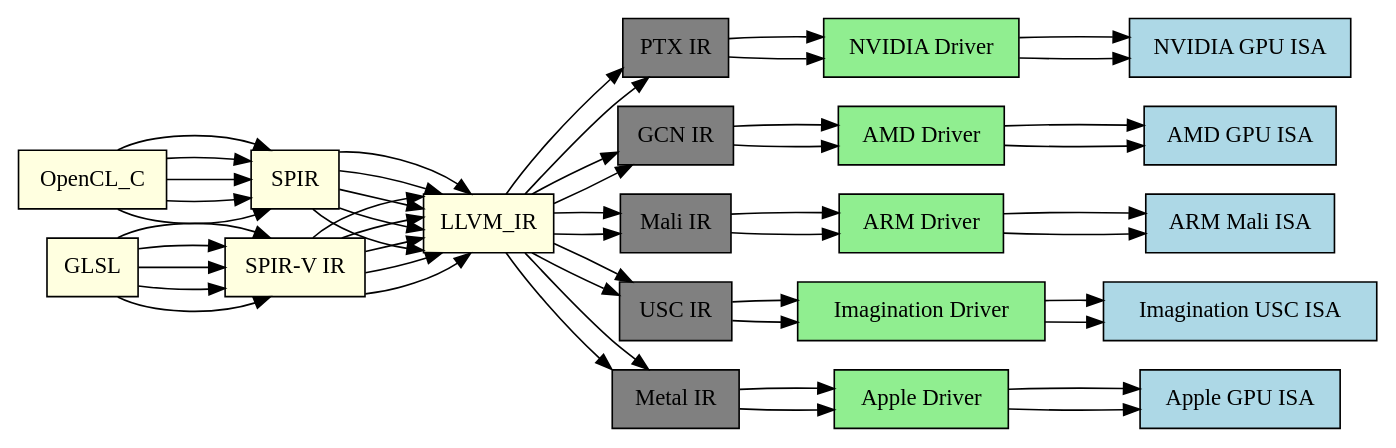
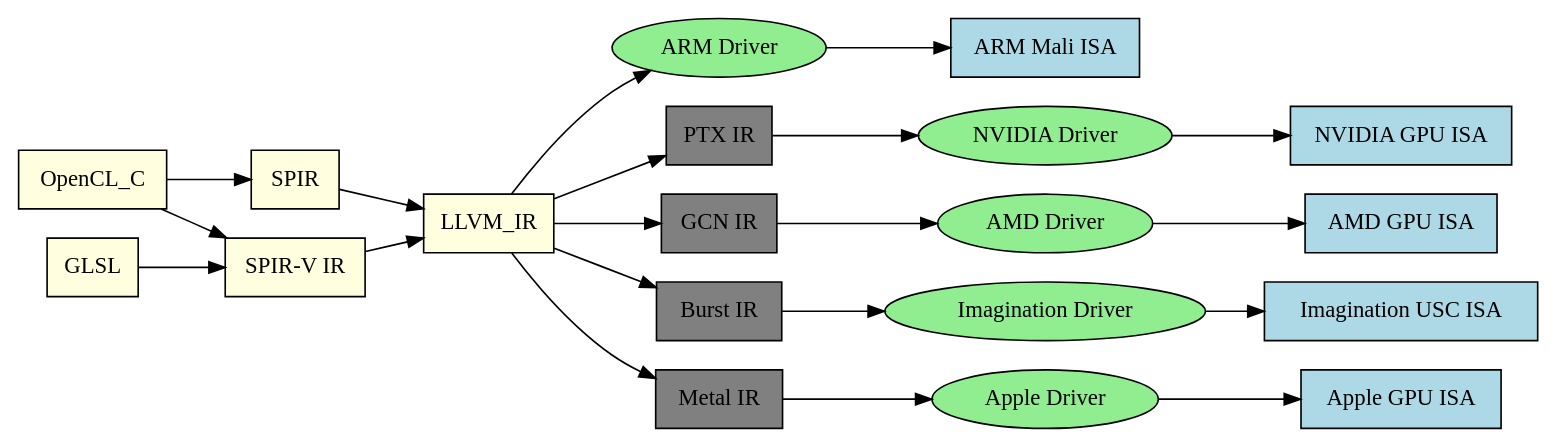
The diagram in Fig/gpu/ogl-ocl-flow.gv (Jonathan2251/lbd), drawn with Graphviz before and after one commit. The commit also changed 15 other files, not shown here.

```diff
--- a/Fig/gpu/ogl-ocl-flow.gv
+++ b/Fig/gpu/ogl-ocl-flow.gv
@@ -1,48 +1,49 @@
 digraph OpenCL_OpenGL_Compilation {
     rankdir=LR;
     node [shape=box];
 
     // Source Languages
     OpenCL_C [style=filled, fillcolor=lightyellow];
     GLSL [style=filled, fillcolor=lightyellow];
 
     // Shared IRs
     SPIR [style=filled, fillcolor=lightyellow];
     SPIRV [label="SPIR-V IR", style=filled, fillcolor=lightyellow];
     LLVM_IR [style=filled, fillcolor=lightyellow];
 
     // Vendor Drivers
+    node [shape=oval];
     "NVIDIA Driver" [style=filled, fillcolor=lightgreen];
     "AMD Driver" [style=filled, fillcolor=lightgreen];
     "ARM Driver" [style=filled, fillcolor=lightgreen];
     "Imagination Driver" [style=filled, fillcolor=lightgreen];
     "Apple Driver" [style=filled, fillcolor=lightgreen];
 
     // Private IRs
+    node [shape=box];
     "PTX IR" [style=filled, fillcolor=gray];
     "GCN IR" [style=filled, fillcolor=gray];
-    "Mali IR" [style=filled, fillcolor=gray];
-    "USC IR" [style=filled, fillcolor=gray];
+    "Burst IR" [style=filled, fillcolor=gray];
     "Metal IR" [style=filled, fillcolor=gray];
 
     // GPU Targets
     "NVIDIA GPU ISA" [style=filled, fillcolor=lightblue];
     "AMD GPU ISA" [style=filled, fillcolor=lightblue];
     "ARM Mali ISA" [style=filled, fillcolor=lightblue];
     "Imagination USC ISA" [style=filled, fillcolor=lightblue];
     "Apple GPU ISA" [style=filled, fillcolor=lightblue];
 
     // OpenCL Flow
-    OpenCL_C -> SPIR -> LLVM_IR -> "PTX IR" -> "NVIDIA Driver" -> "NVIDIA GPU ISA";
-    OpenCL_C -> SPIR -> LLVM_IR -> "GCN IR" -> "AMD Driver" -> "AMD GPU ISA";
-    OpenCL_C -> SPIR -> LLVM_IR -> "Mali IR" -> "ARM Driver" -> "ARM Mali ISA";
-    OpenCL_C -> SPIR -> LLVM_IR -> "USC IR" -> "Imagination Driver" -> "Imagination USC ISA";
-    OpenCL_C -> SPIR -> LLVM_IR -> "Metal IR" -> "Apple Driver" -> "Apple GPU ISA";
+    OpenCL_C -> SPIR -> LLVM_IR;
+    OpenCL_C -> SPIRV;
 
     // OpenGL Flow
-    GLSL -> SPIRV -> LLVM_IR -> "PTX IR" -> "NVIDIA Driver" -> "NVIDIA GPU ISA";
-    GLSL -> SPIRV -> LLVM_IR -> "GCN IR" -> "AMD Driver" -> "AMD GPU ISA";
-    GLSL -> SPIRV -> LLVM_IR -> "Mali IR" -> "ARM Driver" -> "ARM Mali ISA";
-    GLSL -> SPIRV -> LLVM_IR -> "USC IR" -> "Imagination Driver" -> "Imagination USC ISA";
-    GLSL -> SPIRV -> LLVM_IR -> "Metal IR" -> "Apple Driver" -> "Apple GPU ISA";
+    GLSL -> SPIRV -> LLVM_IR;
+
+    // LLVM based Compilation Flow
+    LLVM_IR -> "PTX IR" -> "NVIDIA Driver" -> "NVIDIA GPU ISA";
+    LLVM_IR -> "GCN IR" -> "AMD Driver" -> "AMD GPU ISA";
+    LLVM_IR -> "ARM Driver" -> "ARM Mali ISA";
+    LLVM_IR -> "Burst IR" -> "Imagination Driver" -> "Imagination USC ISA";
+    LLVM_IR -> "Metal IR" -> "Apple Driver" -> "Apple GPU ISA";
 }
```
